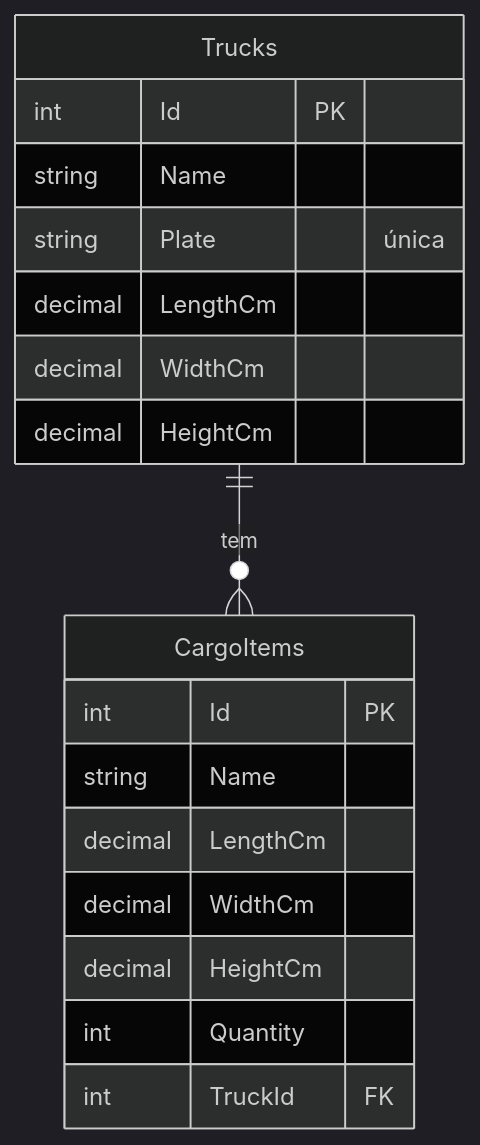
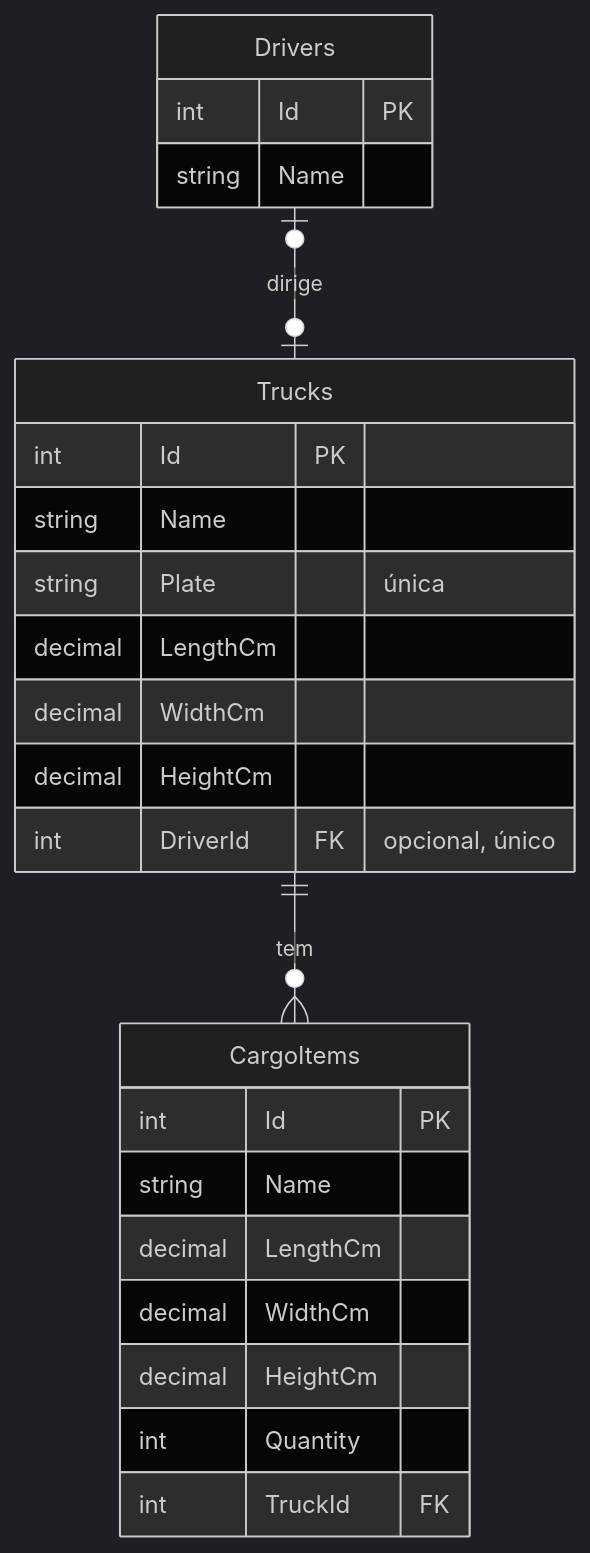
The first of 2 diagrams in base-conhecimento/06-modelo-de-dados.md (aeelmesq/pim-cubagem), drawn with Mermaid (dark theme) before and after one commit. The commit also changed other lines of this file and 22 other files, not shown here.

````diff
--- a/base-conhecimento/06-modelo-de-dados.md
+++ b/base-conhecimento/06-modelo-de-dados.md
@@ -7,21 +7,27 @@
 ```mermaid
 erDiagram
     Trucks ||--o{ CargoItems : tem
+    Drivers |o--o| Trucks : dirige
     Trucks {
         int Id PK
         string Name
         string Plate "única"
         decimal LengthCm
         decimal WidthCm
         decimal HeightCm
+        int DriverId FK "opcional, único"
+    }
+    Drivers {
+        int Id PK
+        string Name
     }
     CargoItems {
         int Id PK
         string Name
         decimal LengthCm
         decimal WidthCm
         decimal HeightCm
         int Quantity
         int TruckId FK
     }
 ```
````
